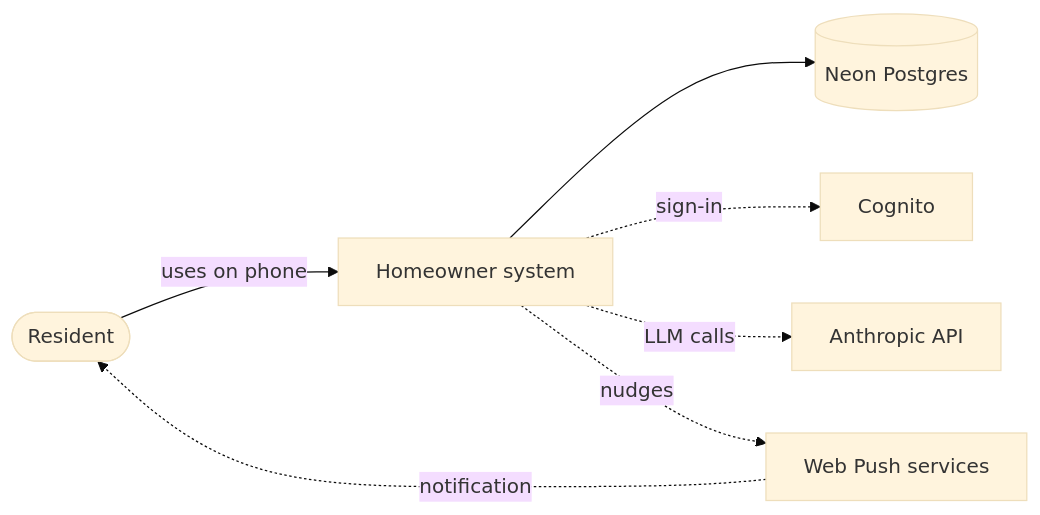
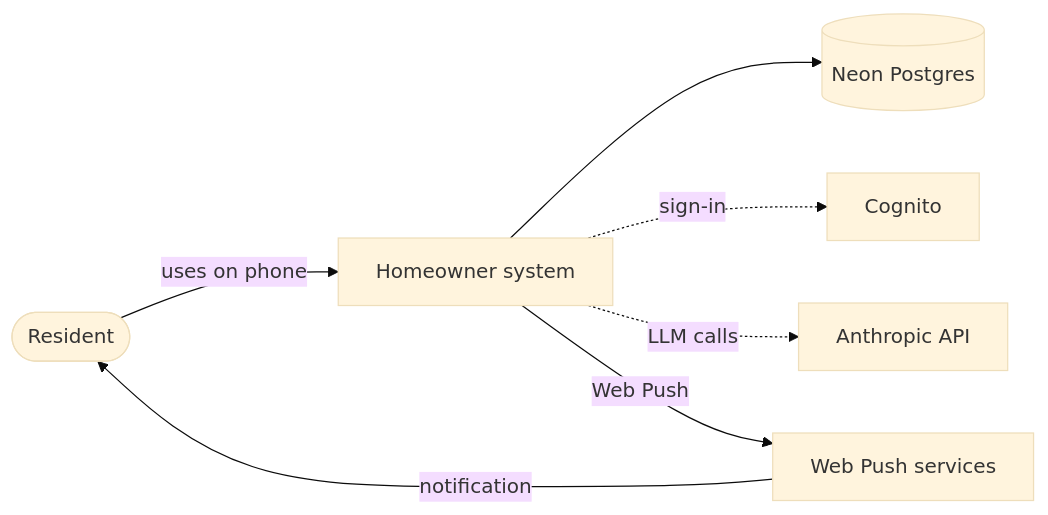
Before and after one commit to AbnerWillclefy/Homeowner: the first of 2 diagrams in docs/architecture/system-context.md, drawn with Mermaid (base theme). The commit also changed other lines of this file and 7 other files, not shown here.

````diff
--- a/docs/architecture/system-context.md
+++ b/docs/architecture/system-context.md
@@ -9,16 +9,16 @@
 ```mermaid
 flowchart LR
     R([Resident])
     S[Homeowner system]
     N[(Neon Postgres)]
     C[Cognito]
     A[Anthropic API]
     P[Web Push services]
 
     R -->|uses on phone| S
     S --> N
     S -.->|sign-in| C
     S -.->|LLM calls| A
-    S -.->|nudges| P
-    P -.->|notification| R
+    S -->|Web Push| P
+    P -->|notification| R
 ```
````
